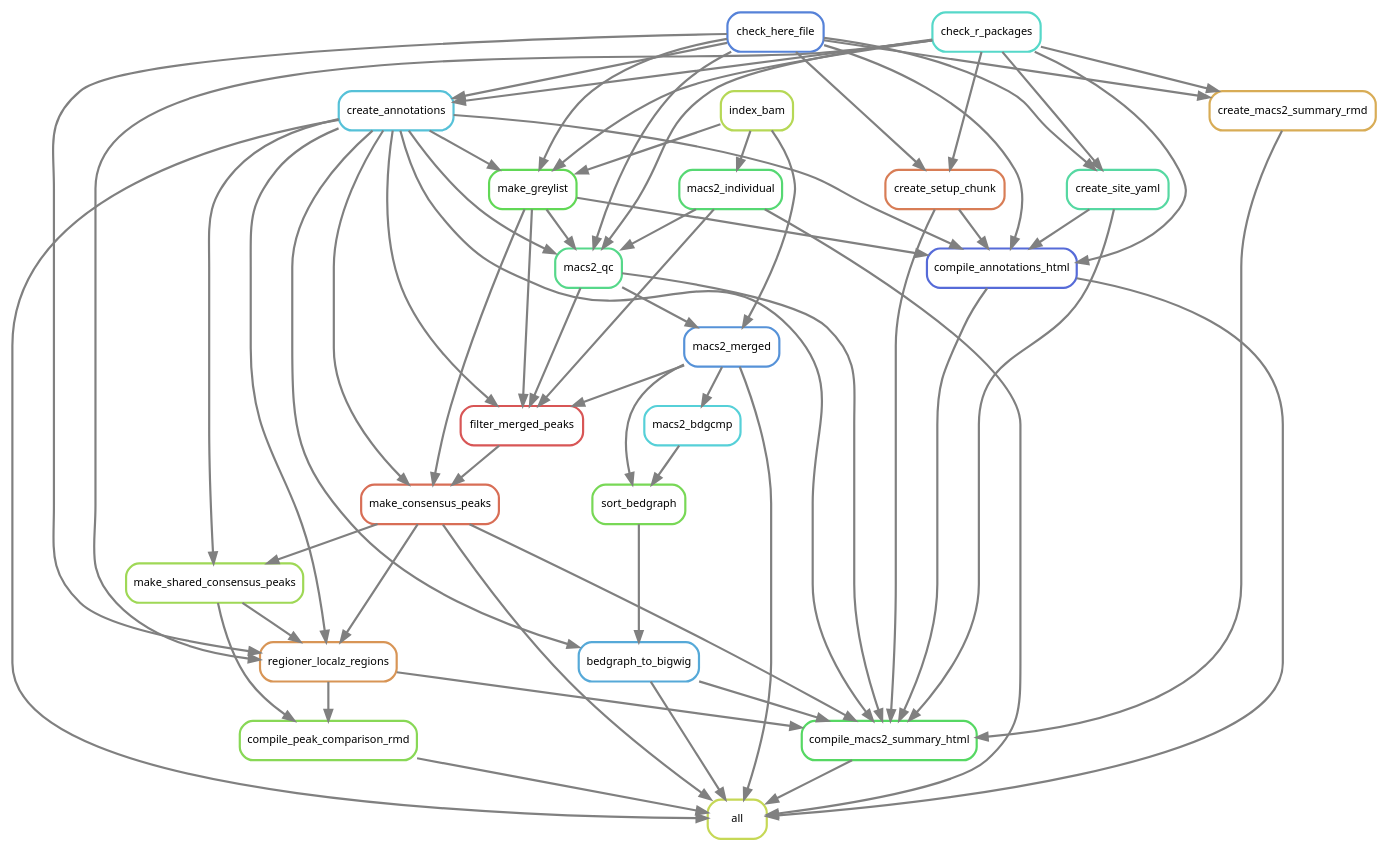
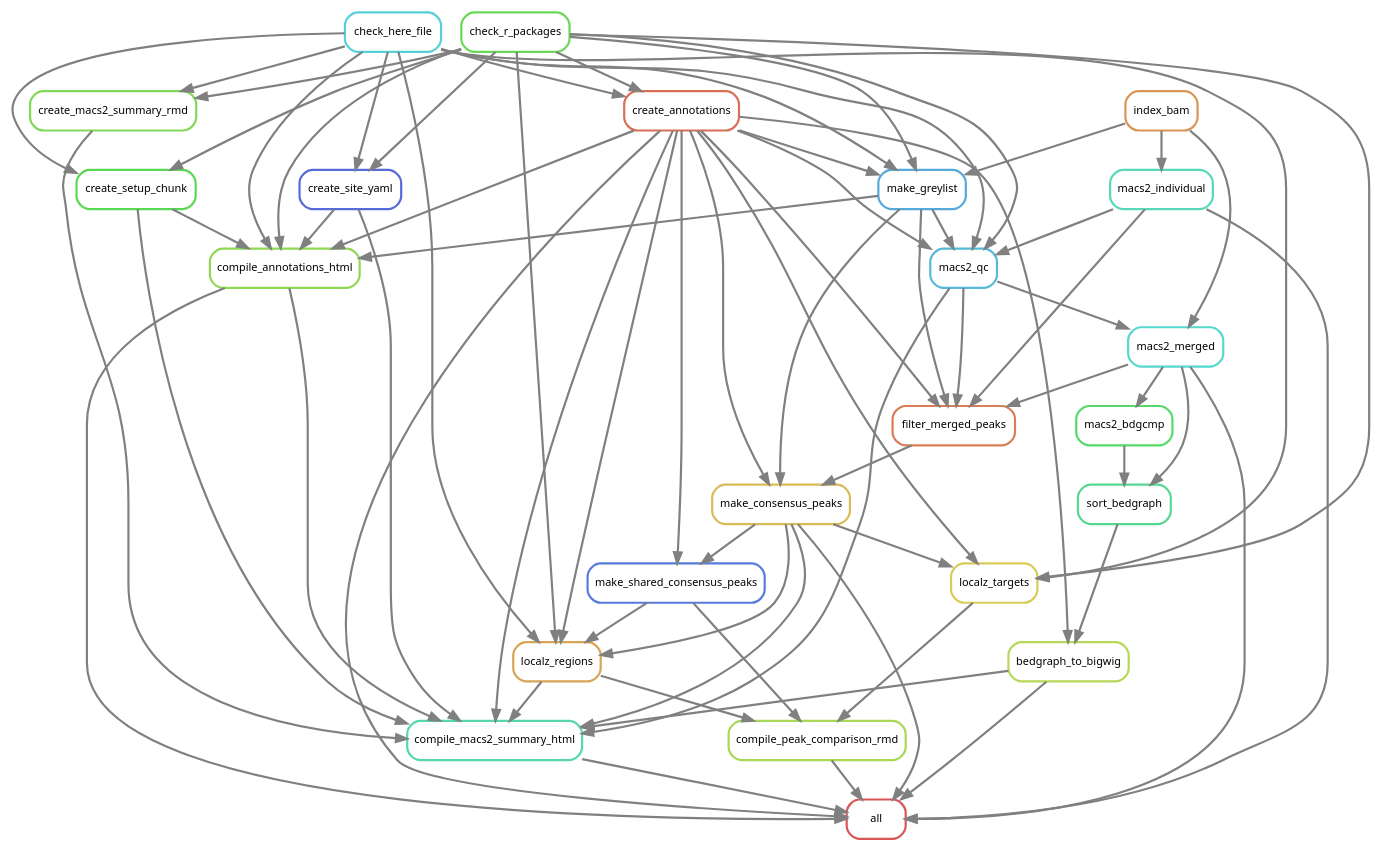
Before and after one commit to smped/GRAVI: the diagram in workflow/rules/rulegraph.dot, drawn with Graphviz.

Commit message:
Updated rulegraph

```diff
--- a/workflow/rules/rulegraph.dot
+++ b/workflow/rules/rulegraph.dot
@@ -1,92 +1,98 @@
 digraph snakemake_dag {
     graph[bgcolor=white, margin=0];
     node[shape=box, style=rounded, fontname=sans,                 fontsize=10, penwidth=2];
     edge[penwidth=2, color=grey];
-	0[label = "all", color = "0.19 0.6 0.85", style="rounded"];
-	1[label = "compile_annotations_html", color = "0.64 0.6 0.85", style="rounded"];
-	2[label = "check_here_file", color = "0.61 0.6 0.85", style="rounded"];
-	3[label = "check_r_packages", color = "0.48 0.6 0.85", style="rounded"];
-	4[label = "index_bam", color = "0.21 0.6 0.85", style="rounded"];
-	5[label = "make_greylist", color = "0.32 0.6 0.85", style="rounded"];
-	6[label = "create_annotations", color = "0.53 0.6 0.85", style="rounded"];
-	7[label = "create_setup_chunk", color = "0.05 0.6 0.85", style="rounded"];
-	8[label = "create_site_yaml", color = "0.43 0.6 0.85", style="rounded"];
-	9[label = "compile_macs2_summary_html", color = "0.35 0.6 0.85", style="rounded"];
-	10[label = "bedgraph_to_bigwig", color = "0.56 0.6 0.85", style="rounded"];
-	11[label = "sort_bedgraph", color = "0.29 0.6 0.85", style="rounded"];
-	12[label = "macs2_merged", color = "0.59 0.6 0.85", style="rounded"];
-	13[label = "macs2_qc", color = "0.40 0.6 0.85", style="rounded"];
-	14[label = "macs2_individual", color = "0.37 0.6 0.85", style="rounded"];
-	15[label = "make_consensus_peaks", color = "0.03 0.6 0.85", style="rounded"];
-	16[label = "filter_merged_peaks", color = "0.00 0.6 0.85", style="rounded"];
-	17[label = "regioner_localz_regions", color = "0.08 0.6 0.85", style="rounded"];
-	18[label = "create_macs2_summary_rmd", color = "0.11 0.6 0.85", style="rounded"];
-	19[label = "compile_peak_comparison_rmd", color = "0.27 0.6 0.85", style="rounded"];
-	20[label = "make_shared_consensus_peaks", color = "0.24 0.6 0.85", style="rounded"];
-	21[label = "macs2_bdgcmp", color = "0.51 0.6 0.85", style="rounded"];
+	0[label = "all", color = "0.00 0.6 0.85", style="rounded"];
+	1[label = "compile_annotations_html", color = "0.26 0.6 0.85", style="rounded"];
+	2[label = "check_here_file", color = "0.51 0.6 0.85", style="rounded"];
+	3[label = "check_r_packages", color = "0.31 0.6 0.85", style="rounded"];
+	4[label = "index_bam", color = "0.08 0.6 0.85", style="rounded"];
+	5[label = "make_greylist", color = "0.56 0.6 0.85", style="rounded"];
+	6[label = "create_annotations", color = "0.03 0.6 0.85", style="rounded"];
+	7[label = "create_setup_chunk", color = "0.33 0.6 0.85", style="rounded"];
+	8[label = "create_site_yaml", color = "0.64 0.6 0.85", style="rounded"];
+	9[label = "compile_macs2_summary_html", color = "0.44 0.6 0.85", style="rounded"];
+	10[label = "bedgraph_to_bigwig", color = "0.21 0.6 0.85", style="rounded"];
+	11[label = "sort_bedgraph", color = "0.41 0.6 0.85", style="rounded"];
+	12[label = "macs2_merged", color = "0.49 0.6 0.85", style="rounded"];
+	13[label = "macs2_qc", color = "0.54 0.6 0.85", style="rounded"];
+	14[label = "macs2_individual", color = "0.46 0.6 0.85", style="rounded"];
+	15[label = "make_consensus_peaks", color = "0.13 0.6 0.85", style="rounded"];
+	16[label = "filter_merged_peaks", color = "0.05 0.6 0.85", style="rounded"];
+	17[label = "localz_regions", color = "0.10 0.6 0.85", style="rounded"];
+	18[label = "create_macs2_summary_rmd", color = "0.28 0.6 0.85", style="rounded"];
+	19[label = "compile_peak_comparison_rmd", color = "0.23 0.6 0.85", style="rounded"];
+	20[label = "make_shared_consensus_peaks", color = "0.62 0.6 0.85", style="rounded"];
+	21[label = "localz_targets", color = "0.15 0.6 0.85", style="rounded"];
+	22[label = "macs2_bdgcmp", color = "0.36 0.6 0.85", style="rounded"];
+	6 -> 0
 	14 -> 0
+	12 -> 0
 	15 -> 0
-	6 -> 0
 	10 -> 0
-	12 -> 0
+	19 -> 0
 	1 -> 0
-	19 -> 0
 	9 -> 0
 	6 -> 1
+	2 -> 1
+	7 -> 1
 	5 -> 1
-	7 -> 1
+	3 -> 1
 	8 -> 1
-	2 -> 1
-	3 -> 1
+	6 -> 5
+	4 -> 5
 	2 -> 5
-	4 -> 5
 	3 -> 5
-	6 -> 5
 	2 -> 6
 	3 -> 6
 	2 -> 7
 	3 -> 7
 	2 -> 8
 	3 -> 8
-	15 -> 9
 	6 -> 9
+	18 -> 9
 	13 -> 9
 	10 -> 9
+	7 -> 9
 	17 -> 9
-	7 -> 9
+	1 -> 9
 	8 -> 9
-	1 -> 9
-	18 -> 9
+	15 -> 9
 	11 -> 10
 	6 -> 10
-	21 -> 11
 	12 -> 11
+	22 -> 11
+	4 -> 12
 	13 -> 12
-	4 -> 12
+	6 -> 13
 	14 -> 13
-	6 -> 13
+	2 -> 13
 	5 -> 13
-	2 -> 13
 	3 -> 13
 	4 -> 14
+	6 -> 15
+	5 -> 15
 	16 -> 15
-	5 -> 15
-	6 -> 15
+	6 -> 16
 	14 -> 16
-	6 -> 16
+	12 -> 16
 	13 -> 16
 	5 -> 16
-	12 -> 16
-	15 -> 17
 	6 -> 17
 	2 -> 17
+	3 -> 17
 	20 -> 17
-	3 -> 17
+	15 -> 17
 	2 -> 18
 	3 -> 18
+	17 -> 19
+	21 -> 19
 	20 -> 19
-	17 -> 19
+	6 -> 20
 	15 -> 20
-	6 -> 20
-	12 -> 21
+	6 -> 21
+	15 -> 21
+	2 -> 21
+	3 -> 21
+	12 -> 22
 }            
```
